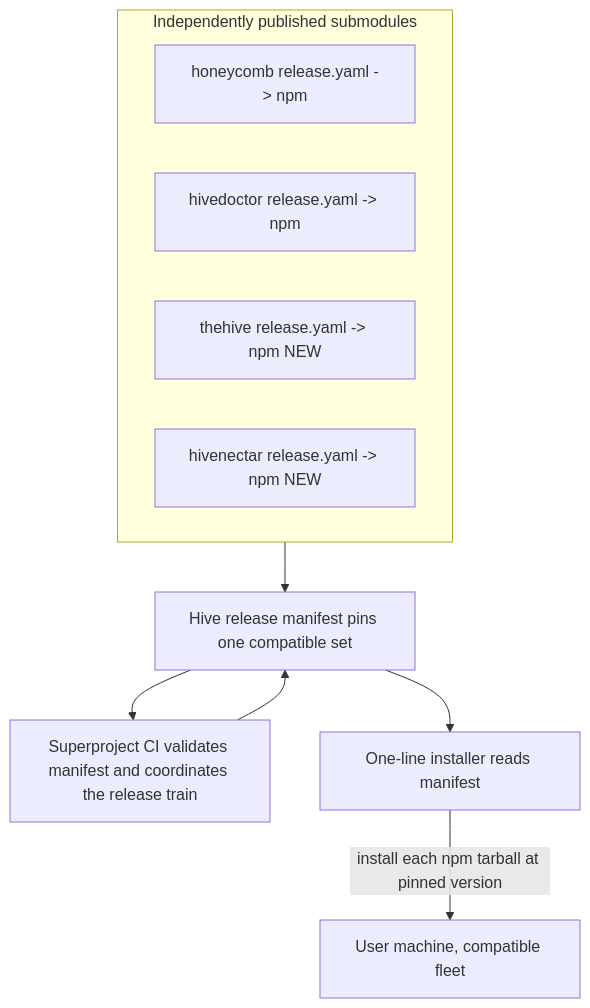
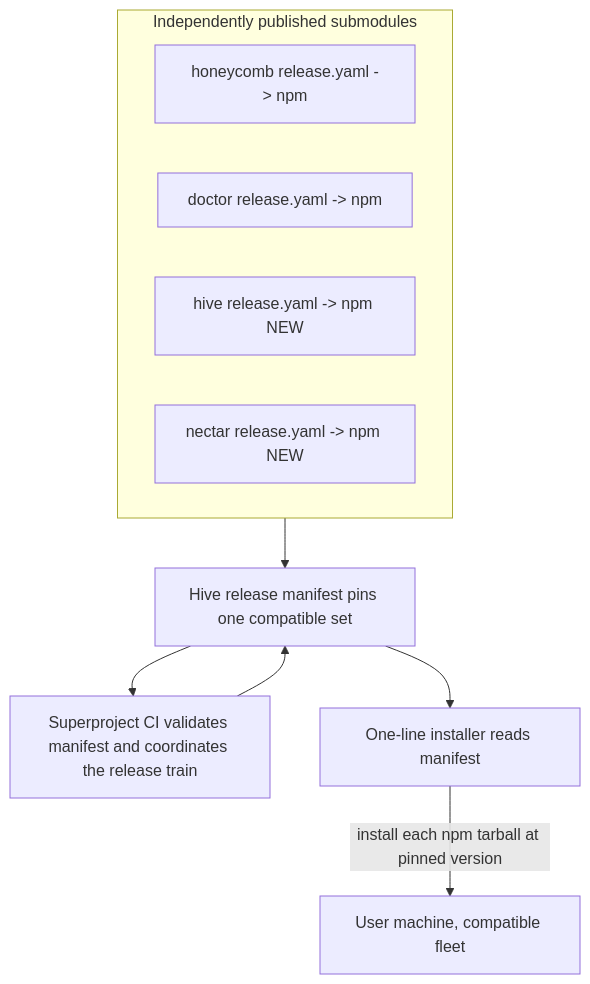
The diagram in library/knowledge/private/architecture/ADR-0001-hive-release-manifest-and-combined-release-train.md (legioncodeinc/the-apiary), drawn with Mermaid before and after one commit. The commit also changed other lines of this file and 13 other files, not shown here.

````diff
--- a/library/knowledge/private/architecture/ADR-0001-hive-release-manifest-and-combined-release-train.md
+++ b/library/knowledge/private/architecture/ADR-0001-hive-release-manifest-and-combined-release-train.md
@@ -37,17 +37,17 @@
 ```mermaid
 flowchart TD
     subgraph submodules [Independently published submodules]
         hc[honeycomb release.yaml -> npm]
-        hd[hivedoctor release.yaml -> npm]
-        th[thehive release.yaml -> npm NEW]
-        hn[hivenectar release.yaml -> npm NEW]
+        hd[doctor release.yaml -> npm]
+        th[hive release.yaml -> npm NEW]
+        hn[nectar release.yaml -> npm NEW]
     end
     manifest[Hive release manifest pins one compatible set]
     ci[Superproject CI validates manifest and coordinates the release train]
     installer[One-line installer reads manifest]
     submodules --> manifest
     manifest --> ci
     ci --> manifest
     manifest --> installer
     installer -->|install each npm tarball at pinned version| machine[User machine, compatible fleet]
 ```
````
